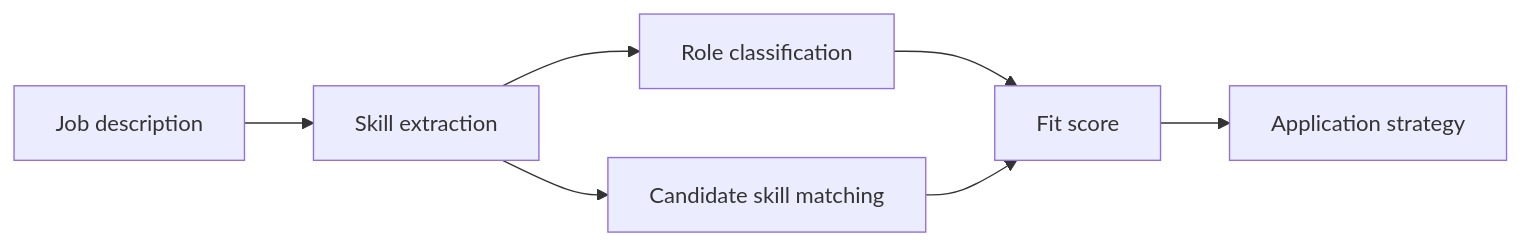
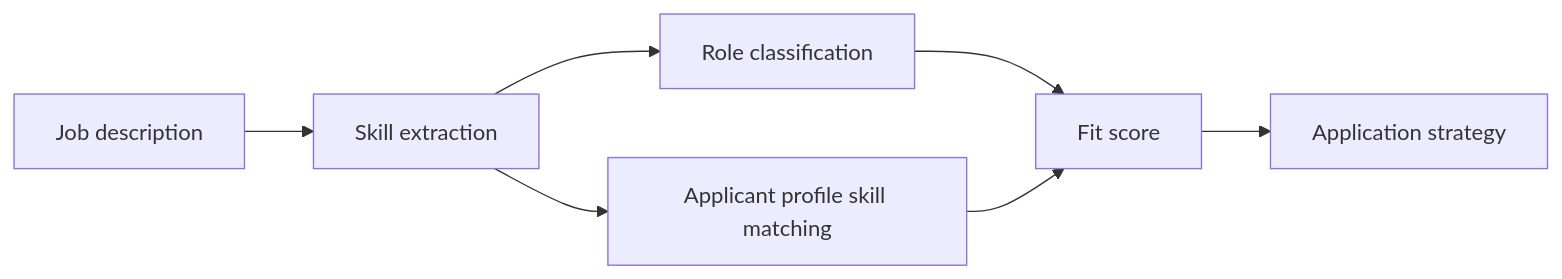
Before and after one commit to josiahsutd-stack/ai-portfolio: the fourth of 8 diagrams in docs/architecture-diagrams.md, drawn with Mermaid. The commit also changed 34 other files, not shown here.

````diff
--- a/docs/architecture-diagrams.md
+++ b/docs/architecture-diagrams.md
@@ -40,9 +40,9 @@
 ```mermaid
 flowchart LR
   A["Job description"] --> B["Skill extraction"]
   B --> C["Role classification"]
-  B --> D["Candidate skill matching"]
+  B --> D["Applicant profile skill matching"]
   C --> E["Fit score"]
   D --> E
   E --> F["Application strategy"]
 ```
````
